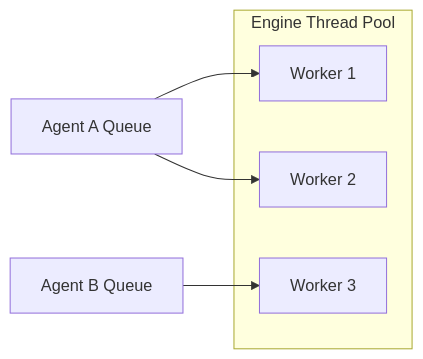
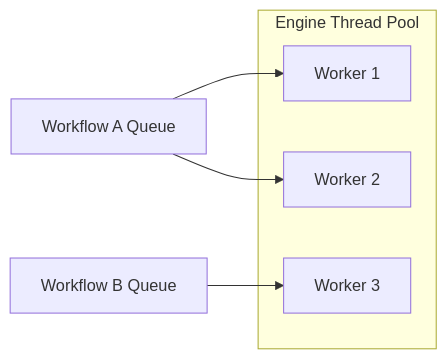
Before and after one commit to Stoa-Medical/Portico: the second of 3 diagrams in docs/02-architecture/data-flow.md, drawn with Mermaid. The commit also changed other lines of this file and 5 other files, not shown here.

Commit message:
docs(architecture): Update workflow and signal references; clarify agent and workflow roles

````diff
--- a/docs/02-architecture/data-flow.md
+++ b/docs/02-architecture/data-flow.md
@@ -39,11 +39,11 @@
 ```mermaid
 graph LR
   subgraph Engine Thread Pool
     T1[Worker 1]
     T2[Worker 2]
     T3[Worker 3]
   end
-  Q1[Agent A Queue] --> T1
+  Q1[Workflow A Queue] --> T1
   Q1 --> T2
-  Q2[Agent B Queue] --> T3
+  Q2[Workflow B Queue] --> T3
 ```
````
